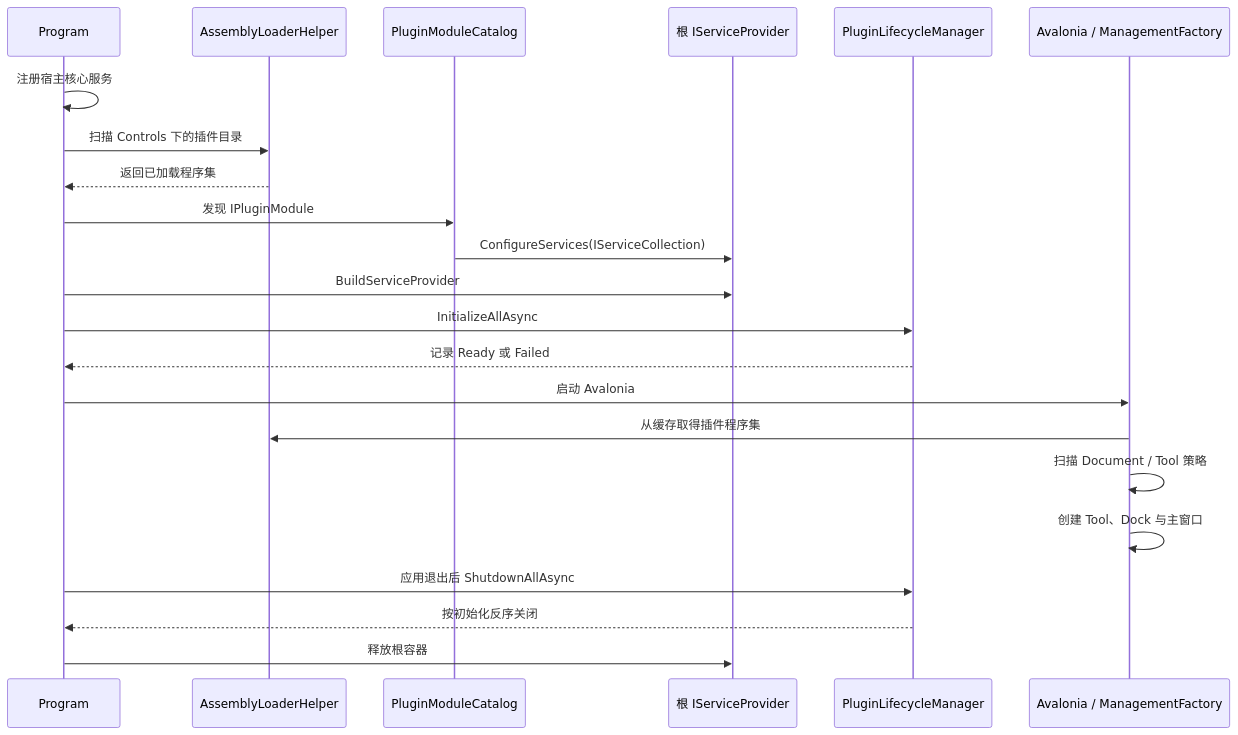
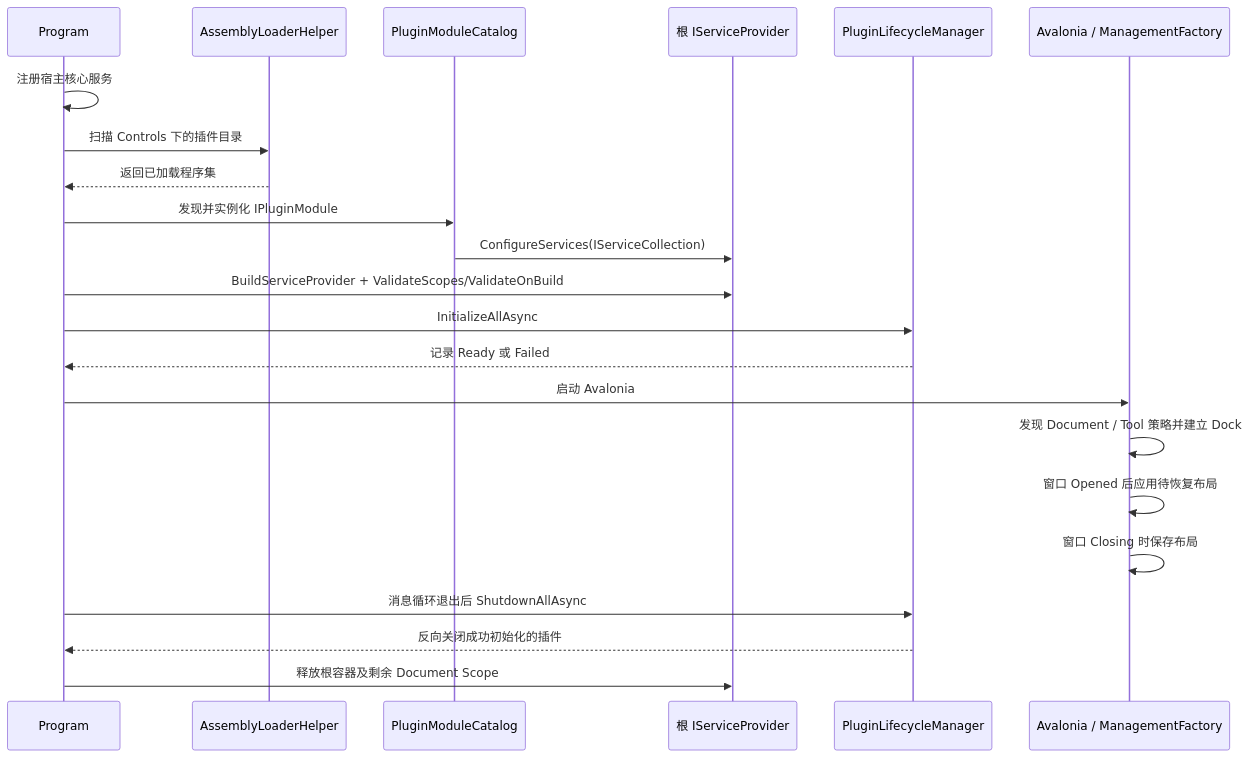
Before and after one commit to crownclowngx/avalonia_dock_simple_test: the second of 5 diagrams in docs/host-plugin-architecture-review.md, drawn with Mermaid. The commit also changed other lines of this file, not shown here.

````diff
--- a/docs/host-plugin-architecture-review.md
+++ b/docs/host-plugin-architecture-review.md
@@ -60,25 +63,25 @@
 ```mermaid
 sequenceDiagram
     participant P as Program
     participant L as AssemblyLoaderHelper
     participant C as PluginModuleCatalog
     participant DI as 根 IServiceProvider
     participant LM as PluginLifecycleManager
     participant UI as Avalonia / ManagementFactory
 
     P->>P: 注册宿主核心服务
     P->>L: 扫描 Controls 下的插件目录
     L-->>P: 返回已加载程序集
-    P->>C: 发现 IPluginModule
+    P->>C: 发现并实例化 IPluginModule
     C->>DI: ConfigureServices(IServiceCollection)
-    P->>DI: BuildServiceProvider
+    P->>DI: BuildServiceProvider + ValidateScopes/ValidateOnBuild
     P->>LM: InitializeAllAsync
     LM-->>P: 记录 Ready 或 Failed
     P->>UI: 启动 Avalonia
-    UI->>L: 从缓存取得插件程序集
-    UI->>UI: 扫描 Document / Tool 策略
-    UI->>UI: 创建 Tool、Dock 与主窗口
-    P->>LM: 应用退出后 ShutdownAllAsync
-    LM-->>P: 按初始化反序关闭
-    P->>DI: 释放根容器
+    UI->>UI: 发现 Document / Tool 策略并建立 Dock
+    UI->>UI: 窗口 Opened 后应用待恢复布局
+    UI->>UI: 窗口 Closing 时保存布局
+    P->>LM: 消息循环退出后 ShutdownAllAsync
+    LM-->>P: 反向关闭成功初始化的插件
+    P->>DI: 释放根容器及剩余 Document Scope
 ```
````
